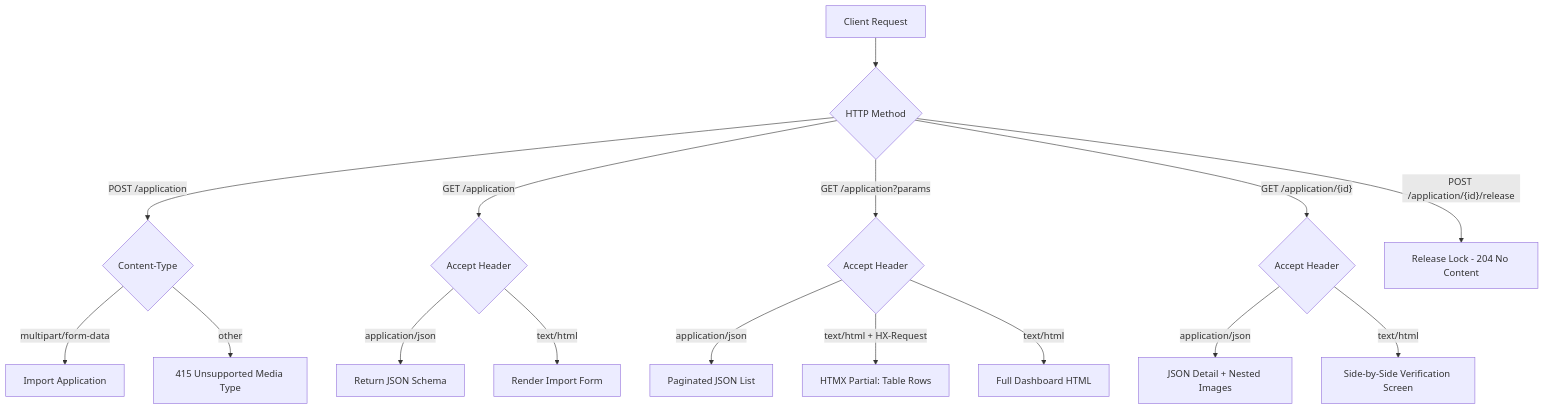
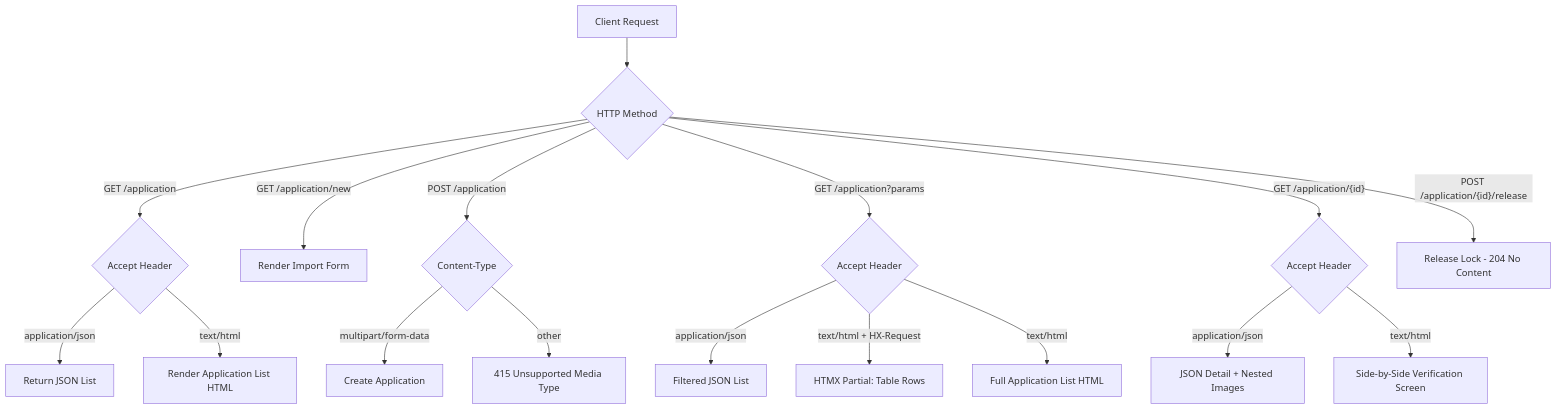
One commit to rcapozzi/cora changed the first of 3 diagrams in docs/designs/02-Route-application.md. Above: the diagram before and after it, drawn with Mermaid. The commit also changed other lines of this file and 5 other files, not shown here.

````diff
--- a/docs/designs/02-Route-application.md
+++ b/docs/designs/02-Route-application.md
@@ -16,23 +17,25 @@
 ```mermaid
 graph TD
     CLIENT[Client Request] --> A{HTTP Method}
 
-    A -->|POST /application| B{Content-Type}
-    B -->|multipart/form-data| C[Import Application]
-    B -->|other| D[415 Unsupported Media Type]
+    A -->|GET /application| B{Accept Header}
+    B -->|application/json| C[Return JSON List]
+    B -->|text/html| D[Render Application List HTML]
 
-    A -->|GET /application| E{Accept Header}
-    E -->|application/json| F[Return JSON Schema]
-    E -->|text/html| G[Render Import Form]
+    A -->|GET /application/new| E[Render Import Form]
 
-    A -->|GET /application?params| H{Accept Header}
-    H -->|application/json| I[Paginated JSON List]
-    H -->|text/html + HX-Request| J[HTMX Partial: Table Rows]
-    H -->|text/html| K[Full Dashboard HTML]
+    A -->|POST /application| F{Content-Type}
+    F -->|multipart/form-data| G[Create Application]
+    F -->|other| H[415 Unsupported Media Type]
 
-    A -->|"GET /application/{id}"| L{"Accept Header"}
-    L -->|application/json| M[JSON Detail + Nested Images]
-    L -->|text/html| N[Side-by-Side Verification Screen]
+    A -->|GET /application?params| I{Accept Header}
+    I -->|application/json| J[Filtered JSON List]
+    I -->|text/html + HX-Request| K[HTMX Partial: Table Rows]
+    I -->|text/html| L[Full Application List HTML]
 
-    A -->|"POST /application/{id}/release"| O[Release Lock - 204 No Content]
+    A -->|"GET /application/{id}"| M{"Accept Header"}
+    M -->|application/json| N[JSON Detail + Nested Images]
+    M -->|text/html| O[Side-by-Side Verification Screen]
+
+    A -->|"POST /application/{id}/release"| P[Release Lock - 204 No Content]
 ```
````
